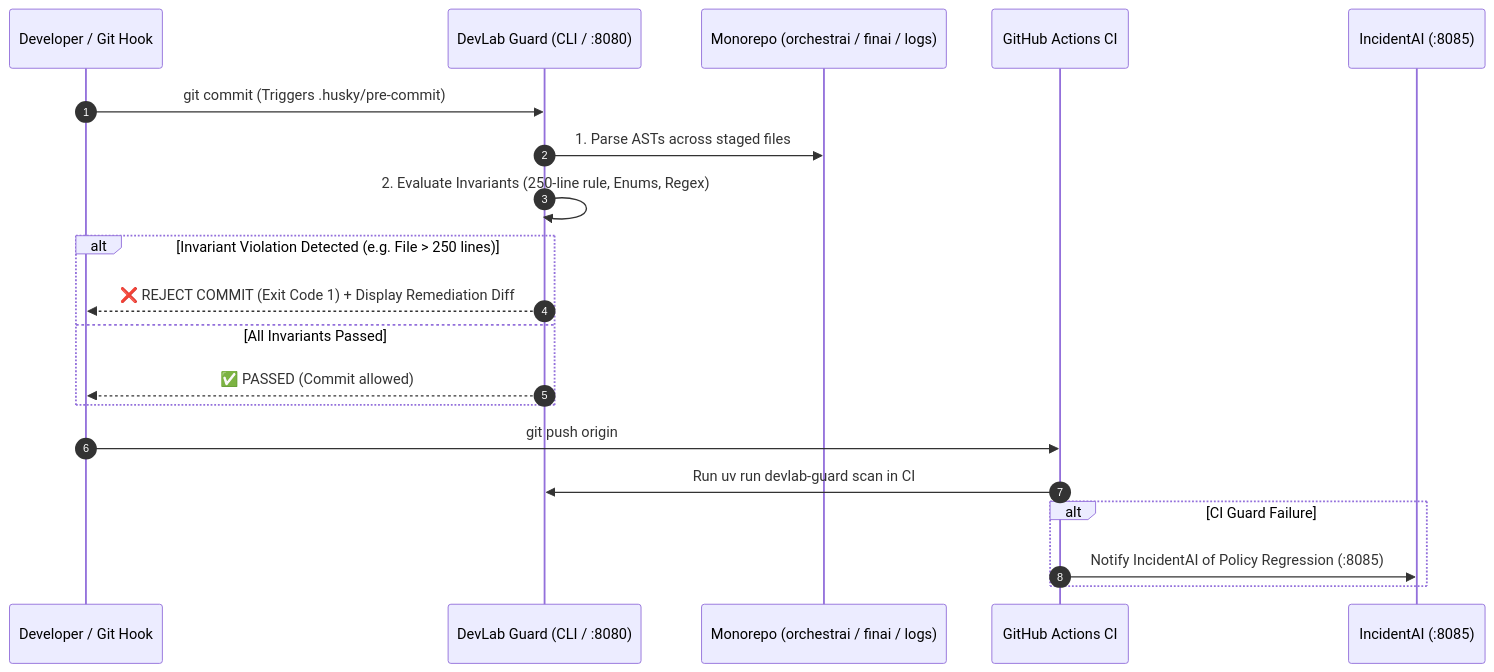
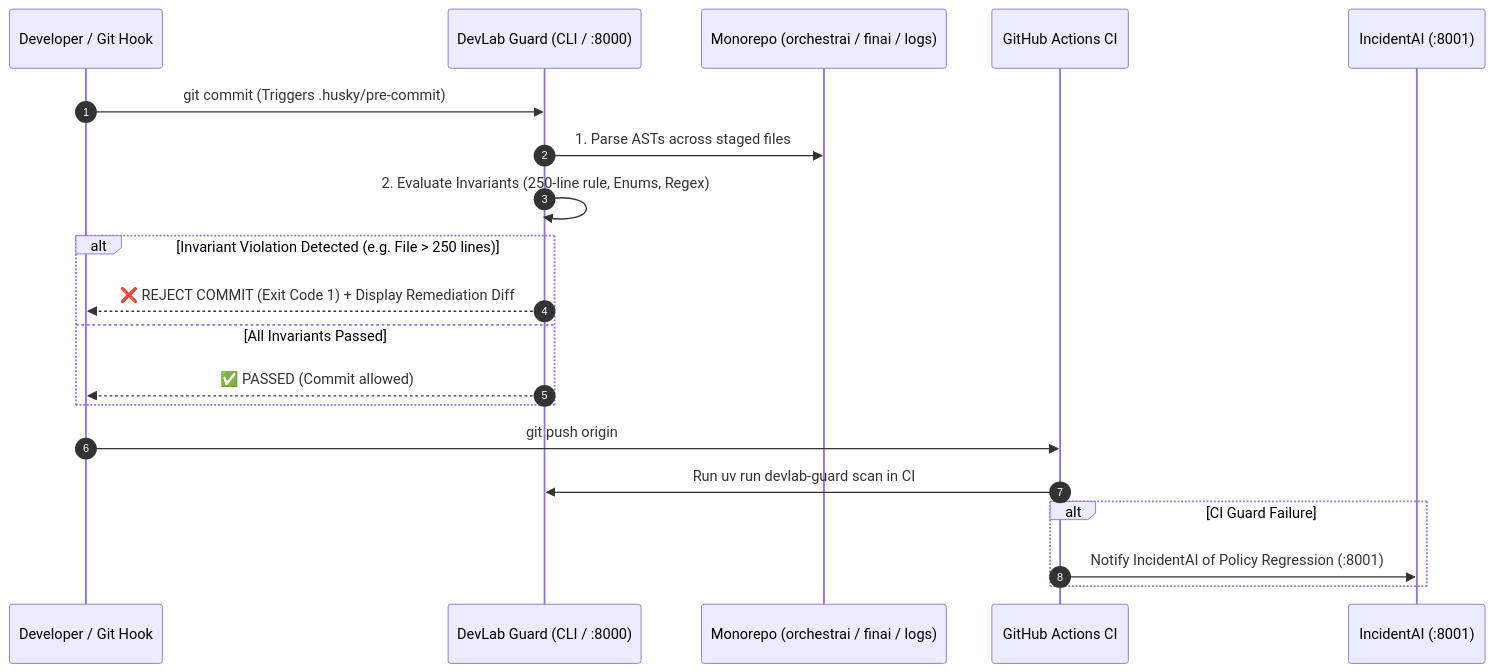
Before and after one commit to yuvadevlab/devlab-guard: the diagram in PROJECT_INFO.md, drawn with Mermaid. The commit also changed other lines of this file and 6 other files, not shown here.

````diff
--- a/PROJECT_INFO.md
+++ b/PROJECT_INFO.md
@@ -85,25 +85,25 @@
 ```mermaid
 sequenceDiagram
     autonumber
     participant Dev as Developer / Git Hook
-    participant Guard as DevLab Guard (CLI / :8080)
+    participant Guard as DevLab Guard (CLI / :8000)
     participant Repo as Monorepo (orchestrai / finai / logs)
     participant CI as GitHub Actions CI
-    participant IA as IncidentAI (:8085)
+    participant IA as IncidentAI (:8001)
 
     Dev->>Guard: git commit (Triggers .husky/pre-commit)
     Guard->>Repo: 1. Parse ASTs across staged files
     Guard->>Guard: 2. Evaluate Invariants (250-line rule, Enums, Regex)
     
     alt Invariant Violation Detected (e.g. File > 250 lines)
         Guard-->>Dev: ❌ REJECT COMMIT (Exit Code 1) + Display Remediation Diff
     else All Invariants Passed
         Guard-->>Dev: ✅ PASSED (Commit allowed)
     end
 
     Dev->>CI: git push origin
     CI->>Guard: Run uv run devlab-guard scan in CI
     alt CI Guard Failure
-        CI->>IA: Notify IncidentAI of Policy Regression (:8085)
+        CI->>IA: Notify IncidentAI of Policy Regression (:8001)
     end
 ```
````
